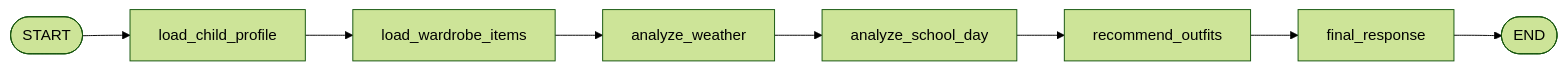
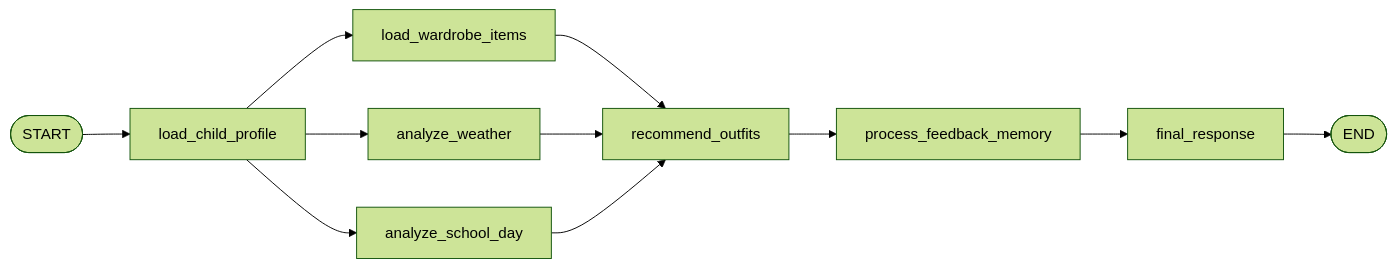
Before and after one commit to luba-proj/smart-school-stylist: the second of 3 diagrams in PROJECT_DOCUMENTATION.md, drawn with Mermaid (forest theme). The commit also changed other lines of this file and 27 other files, not shown here.

````diff
--- a/PROJECT_DOCUMENTATION.md
+++ b/PROJECT_DOCUMENTATION.md
@@ -70,10 +73,13 @@
 ```mermaid
 graph LR
     START([START]) --> LoadProfile[load_child_profile]
     LoadProfile --> LoadWardrobe[load_wardrobe_items]
-    LoadWardrobe --> AnalyzeWeather[analyze_weather]
-    AnalyzeWeather --> AnalyzeSchool[analyze_school_day]
-    AnalyzeSchool --> Recommend[recommend_outfits]
-    Recommend --> FinalResponse[final_response]
+    LoadProfile --> AnalyzeWeather[analyze_weather]
+    LoadProfile --> AnalyzeSchool[analyze_school_day]
+    LoadWardrobe --> Recommend[recommend_outfits]
+    AnalyzeWeather --> Recommend
+    AnalyzeSchool --> Recommend
+    Recommend --> FeedbackMemory[process_feedback_memory]
+    FeedbackMemory --> FinalResponse[final_response]
     FinalResponse --> END([END])
 ```
````
